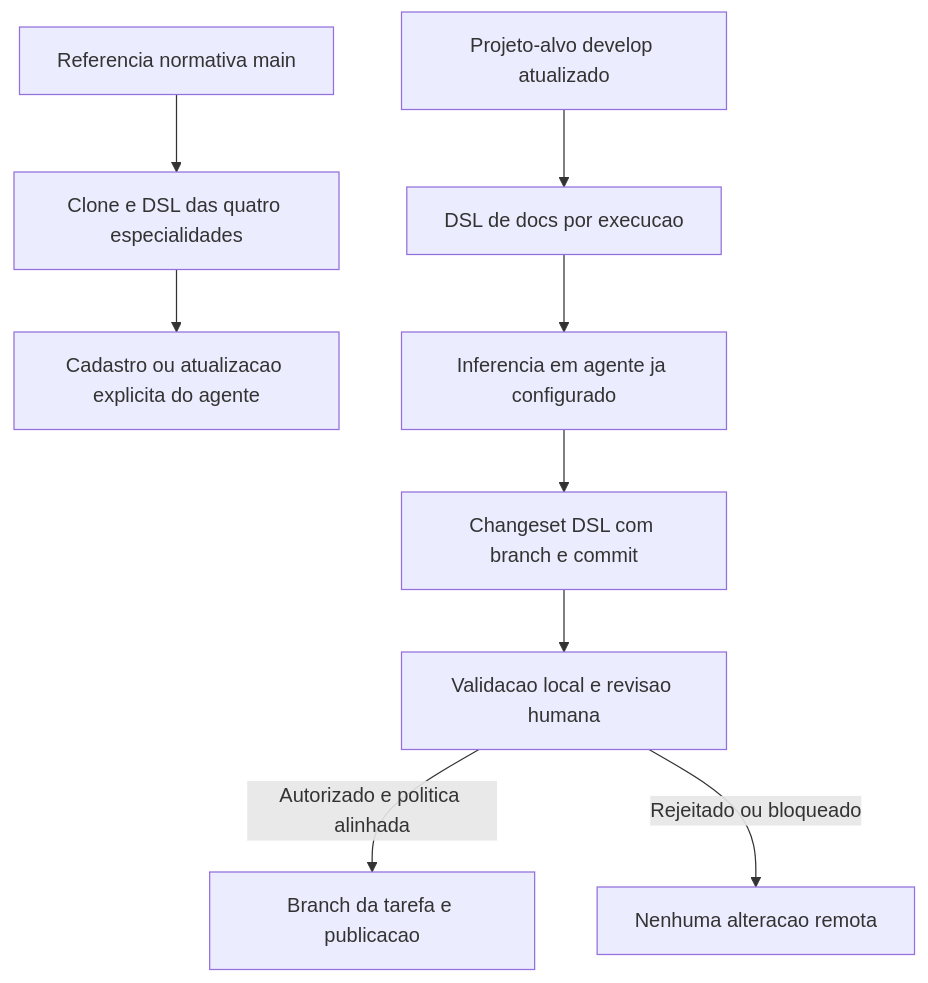
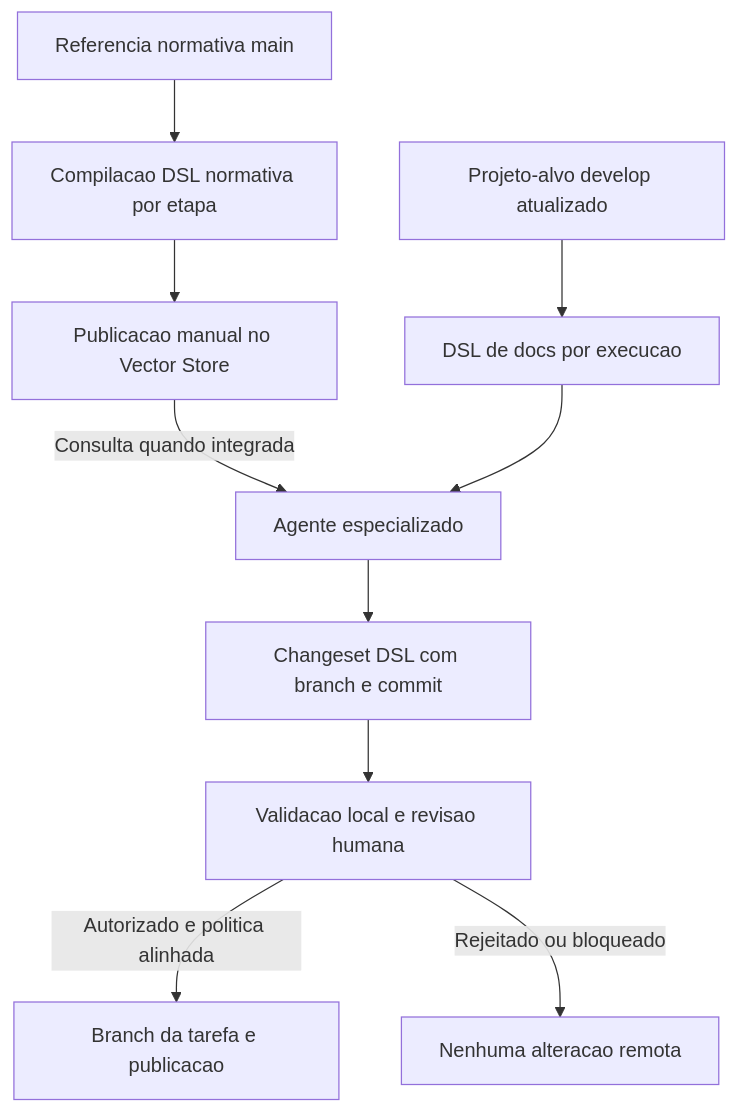
The diagram in docs/charter/README.md (ahhvahh/doc-arquitetura-app-debian), drawn with Mermaid before and after one commit. The commit also changed other lines of this file and 6 other files, not shown here.

Commit message:
docs(charter): registrar sincronizacao manual da DSL em Vector Stores

````diff
--- a/docs/charter/README.md
+++ b/docs/charter/README.md
@@ -20,11 +20,12 @@
 ```mermaid
 flowchart TD
-    A[Referencia normativa main] --> B[Clone e DSL das quatro especialidades]
-    B --> C[Cadastro ou atualizacao explicita do agente]
+    A[Referencia normativa main] --> B[Compilacao DSL normativa por etapa]
+    B --> C[Publicacao manual no Vector Store]
+    C -->|Consulta quando integrada| F[Agente especializado]
     D[Projeto-alvo develop atualizado] --> E[DSL de docs por execucao]
-    E --> F[Inferencia em agente ja configurado]
+    E --> F
     F --> G[Changeset DSL com branch e commit]
     G --> H[Validacao local e revisao humana]
     H -->|Autorizado e politica alinhada| I[Branch da tarefa e publicacao]
     H -->|Rejeitado ou bloqueado| J[Nenhuma alteracao remota]
 ```
````
